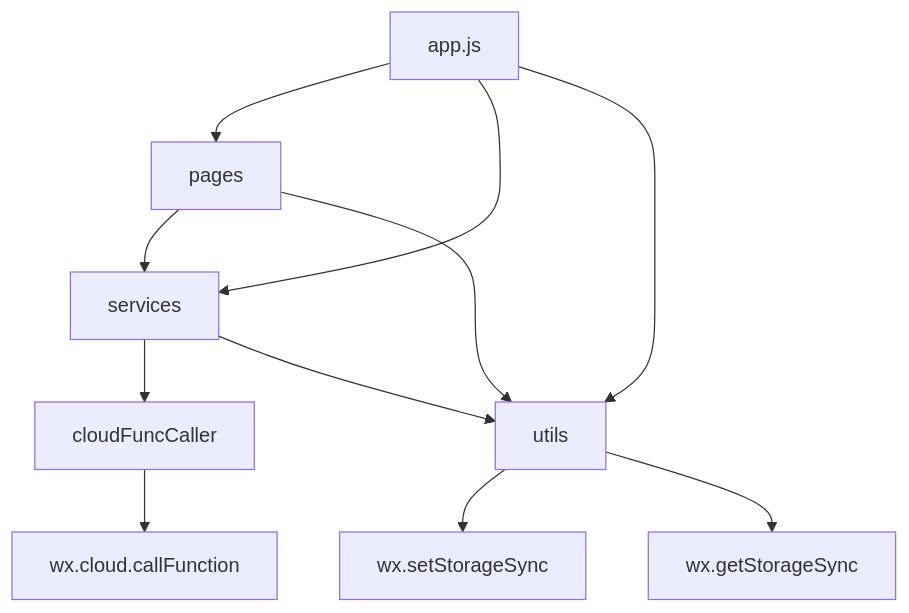
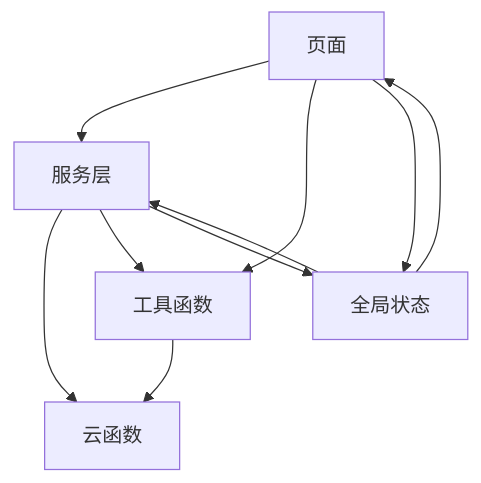
One commit to RainbowRain9/HeartChat changed the eighth of 8 diagrams in .qoder/repowiki/zh/content/前端架构/前端架构.md. Above: the diagram before and after it, drawn with Mermaid. The commit also changed other lines of this file and 208 other files, not shown here.

````diff
--- a/.qoder/repowiki/zh/content/前端架构/前端架构.md
+++ b/.qoder/repowiki/zh/content/前端架构/前端架构.md
@@ -179,13 +228,12 @@
 ```mermaid
 graph TD
-A[app.js] --> B[pages]
-A --> C[services]
-A --> D[utils]
+A[页面] --> B[服务层]
+A --> C[工具函数]
+A --> D[全局状态]
+B --> E[云函数]
 B --> C
 B --> D
-C --> E[cloudFuncCaller]
-C --> D
-E --> F[wx.cloud.callFunction]
-D --> G[wx.setStorageSync]
-D --> H[wx.getStorageSync]
+C --> E
+D --> A
+D --> B
 ```
````
